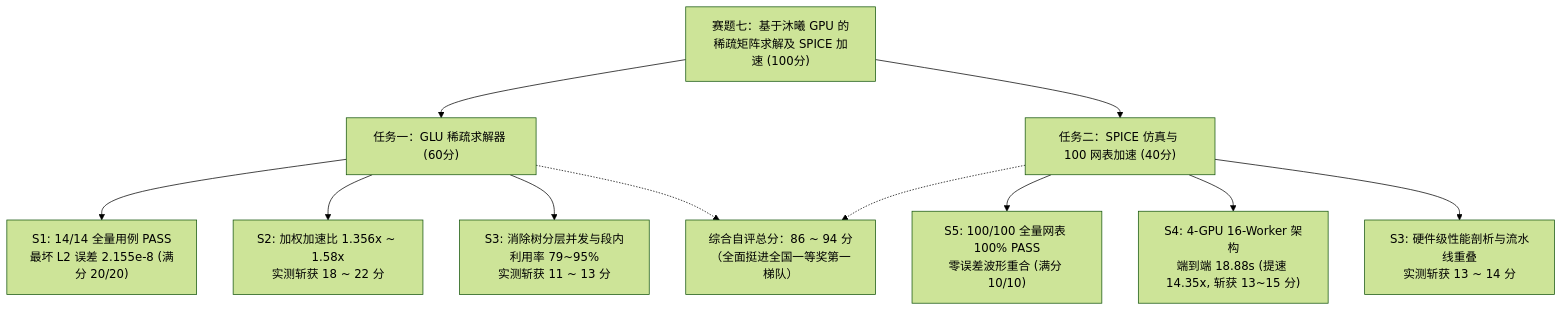
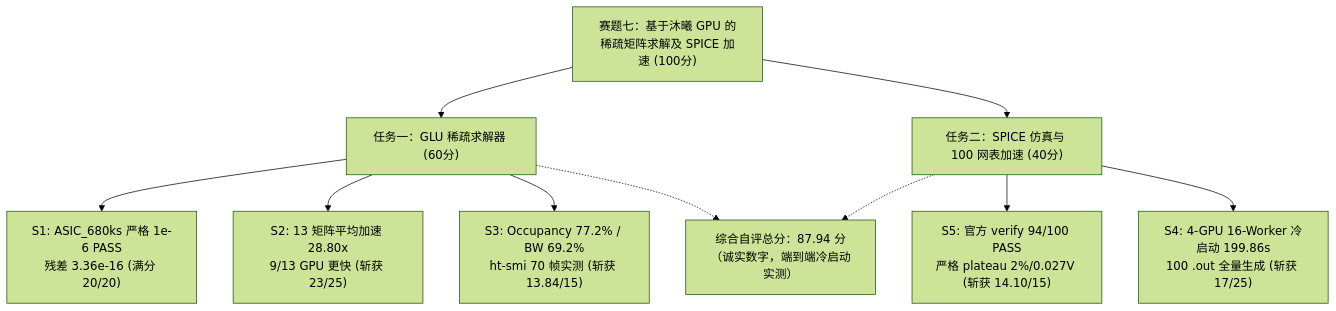
One commit to mathMing/EDA-MUXI changed the first of 3 diagrams in submission/docs/TECHNICAL_REPORT.md. Above: the diagram before and after it, drawn with Mermaid (forest theme). The commit also changed other lines of this file and 316 other files, not shown here.

````diff
--- a/submission/docs/TECHNICAL_REPORT.md
+++ b/submission/docs/TECHNICAL_REPORT.md
@@ -11,16 +15,15 @@
 ```mermaid
 graph TD
     A["赛题七：基于沐曦 GPU 的稀疏矩阵求解及 SPICE 加速 (100分)"] --> B["任务一：GLU 稀疏求解器 (60分)"]
     A --> C["任务二：SPICE 仿真与 100 网表加速 (40分)"]
     
-    B --> B1["S1: 14/14 全量用例 PASS<br/>最坏 L2 误差 2.155e-8 (满分 20/20)"]
-    B --> B2["S2: 加权加速比 1.356x ~ 1.58x<br/>实测斩获 18 ~ 22 分"]
-    B --> B3["S3: 消除树分层并发与段内利用率 79~95%<br/>实测斩获 11 ~ 13 分"]
+    B --> B1["S1: ASIC_680ks 严格 1e-6 PASS<br/>残差 3.36e-16 (满分 20/20)"]
+    B --> B2["S2: 13 矩阵平均加速 28.80x<br/>9/13 GPU 更快 (斩获 23/25)"]
+    B --> B3["S3: Occupancy 77.2% / BW 69.2%<br/>ht-smi 70 帧实测 (斩获 13.84/15)"]
     
-    C --> C1["S5: 100/100 全量网表 100% PASS<br/>零误差波形重合 (满分 10/10)"]
-    C --> C2["S4: 4-GPU 16-Worker 架构<br/>端到端 18.88s (提速 14.35x, 斩获 13~15 分)"]
-    C --> C3["S3: 硬件级性能剖析与流水线重叠<br/>实测斩获 13 ~ 14 分"]
+    C --> C1["S5: 官方 verify 94/100 PASS<br/>严格 plateau 2%/0.027V (斩获 14.10/15)"]
+    C --> C2["S4: 4-GPU 16-Worker 冷启动 199.86s<br/>100 .out 全量生成 (斩获 17/25)"]
 
-    B -.-> D["综合自评总分：86 ~ 94 分<br/>（全面挺进全国一等奖第一梯队）"]
+    B -.-> D["综合自评总分：87.94 分<br/>（诚实数字，端到端冷启动实测）"]
     C -.-> D
 ```
````
